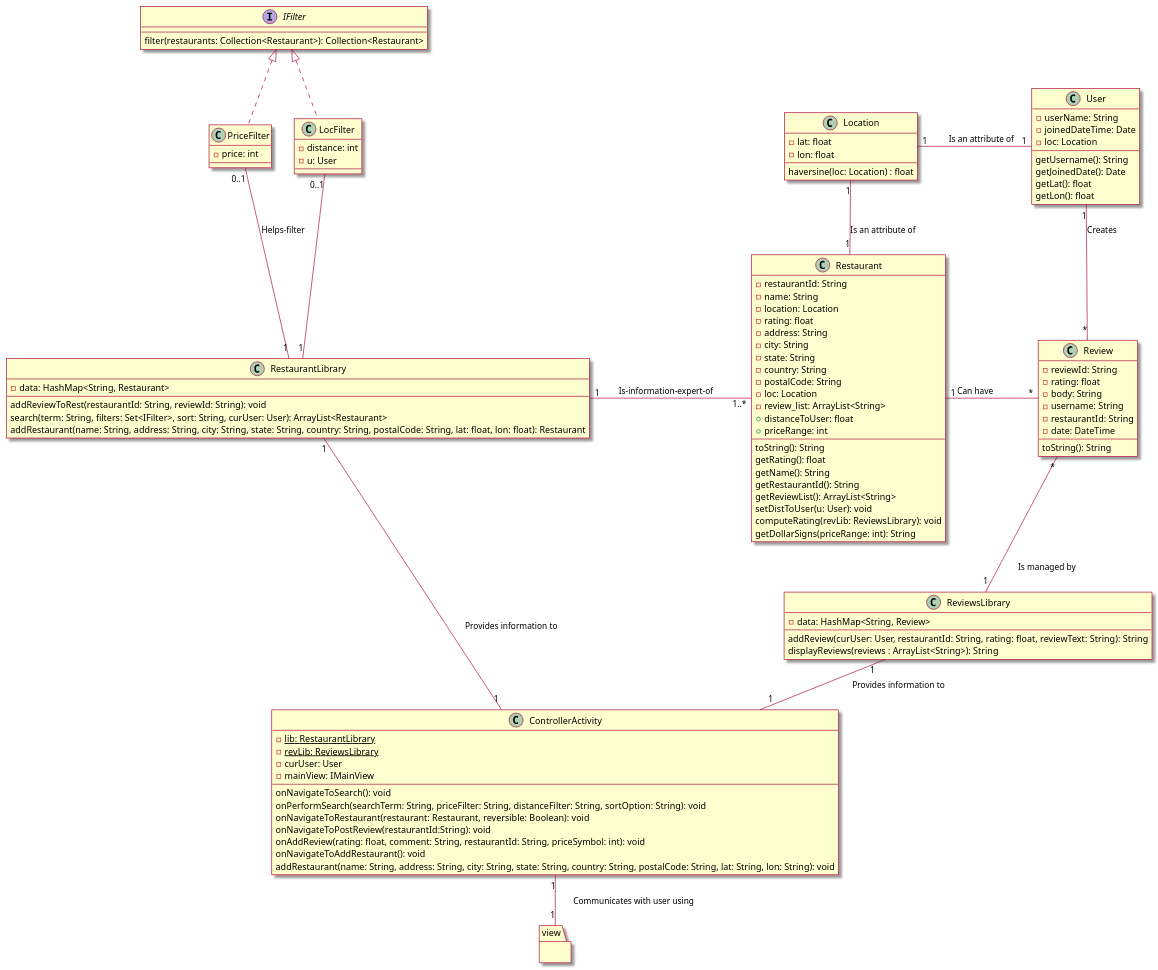
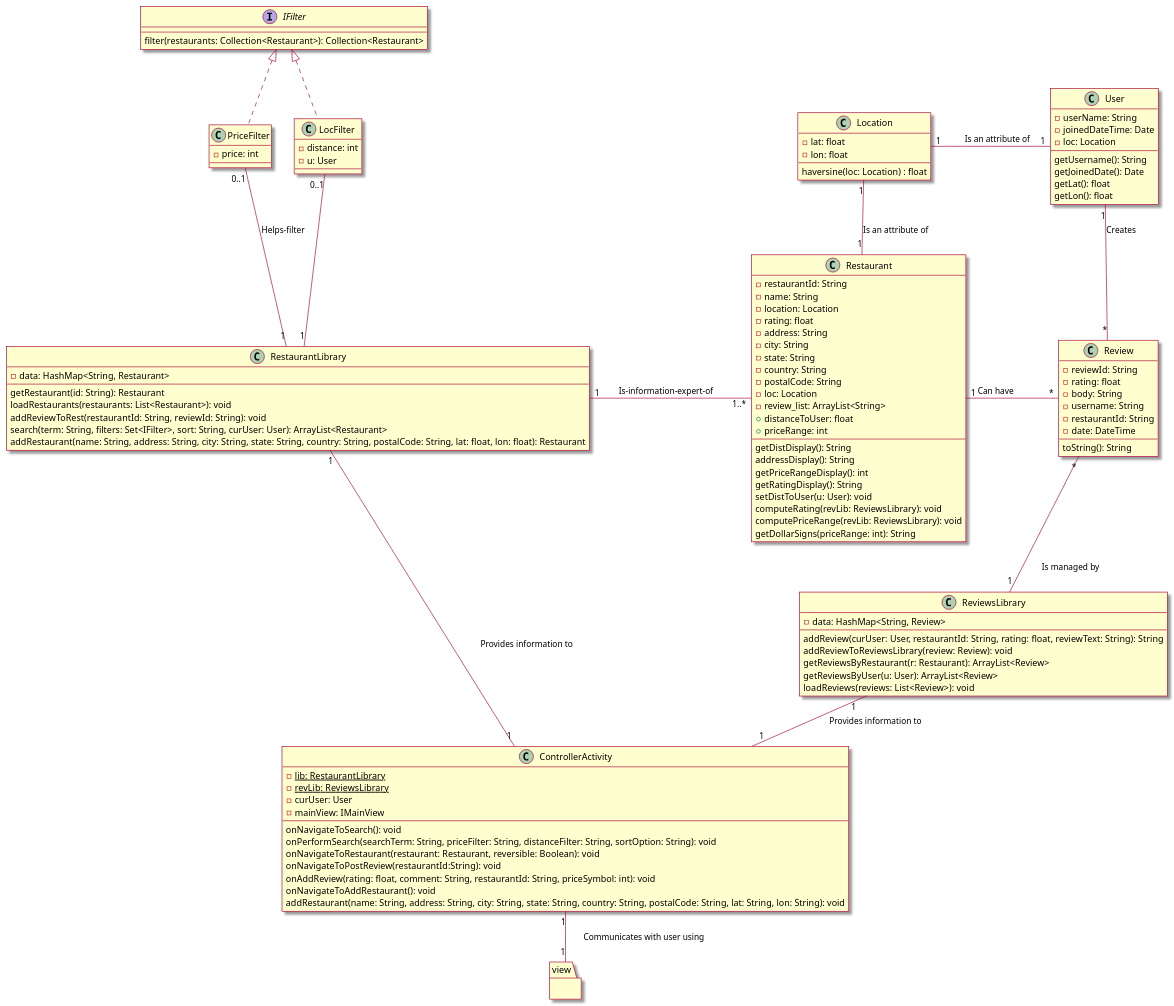
One commit to tanwasp/LunchBox-Android changed the fourth of 5 diagrams in intellij/doc/design.md. Above: the diagram before and after it, drawn with PlantUML. The commit also changed other lines of this file and 13 other files, not shown here.

```diff
--- a/intellij/doc/design.md
+++ b/intellij/doc/design.md
@@ -114,13 +120,13 @@
     +distanceToUser: float
     +priceRange: int
     --
-    toString(): String
-    getRating(): float
-    getName(): String
-    getRestaurantId(): String
-    getReviewList(): ArrayList<String>
+    getDistDisplay(): String
+    addressDisplay(): String
+    getPriceRangeDisplay(): int
+    getRatingDisplay(): String
     setDistToUser(u: User): void
     computeRating(revLib: ReviewsLibrary): void
+    computePriceRange(revLib: ReviewsLibrary): void
     getDollarSigns(priceRange: int): String
 }
 
@@ -149,6 +155,8 @@
 class RestaurantLibrary{
     -data: HashMap<String, Restaurant>
     --
+    getRestaurant(id: String): Restaurant
+    loadRestaurants(restaurants: List<Restaurant>): void
     addReviewToRest(restaurantId: String, reviewId: String): void
     search(term: String, filters: Set<IFilter>, sort: String, curUser: User): ArrayList<Restaurant>
     addRestaurant(name: String, address: String, city: String, state: String, country: String, postalCode: String, lat: float, lon: float): Restaurant
@@ -158,7 +166,10 @@
     -data: HashMap<String, Review>
     --
     addReview(curUser: User, restaurantId: String, rating: float, reviewText: String): String
-    displayReviews(reviews : ArrayList<String>): String
+    addReviewToReviewsLibrary(review: Review): void
+    getReviewsByRestaurant(r: Restaurant): ArrayList<Review>
+    getReviewsByUser(u: User): ArrayList<Review>
+    loadReviews(reviews: List<Review>): void
 }
 
 interface IFilter { 
```
